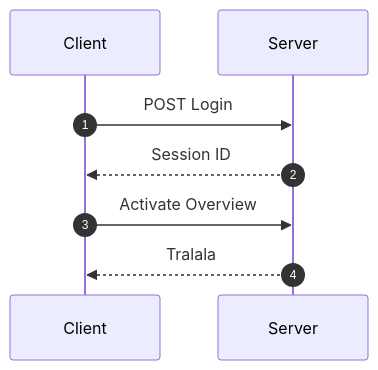
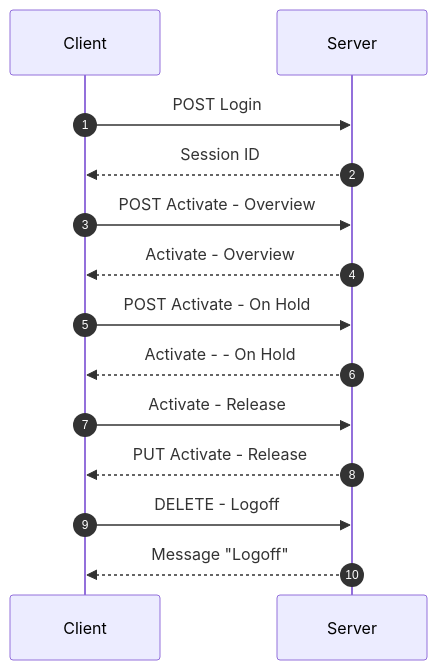
The diagram in README.md (peterleimbach/ESM-Demo-AK-Q4-2025), drawn with Mermaid before and after one commit.

Commit message:
Update activation flow in README

````diff
--- a/README.md
+++ b/README.md
@@ -3,11 +3,17 @@
 ```mermaid
 sequenceDiagram
     autonumber
     participant Client
     participant Server
 
     Client ->> Server: POST Login
     Server -->> Client: Session ID
-    Client ->> Server: Activate Overview
-    Server -->> Client: Tralala
+    Client ->> Server: POST Activate - Overview
+    Server -->> Client: Activate - Overview
+    Client ->> Server: POST Activate - On Hold
+    Server -->> Client: Activate - - On Hold
+    Client ->> Server: Activate - Release
+    Server -->> Client: PUT Activate - Release
+    Client ->> Server: DELETE - Logoff
+    Server -->> Client: Message "Logoff"
 ```
````
